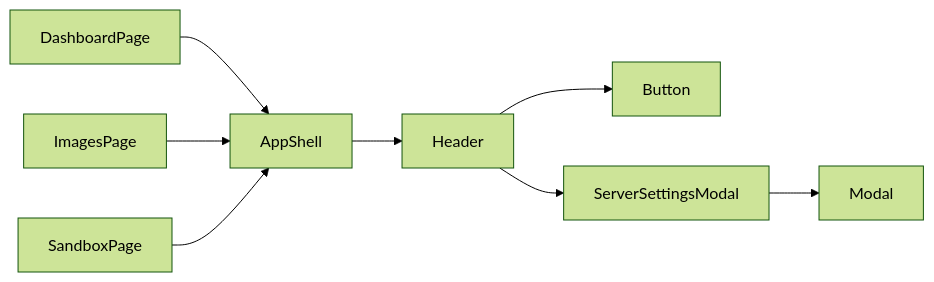
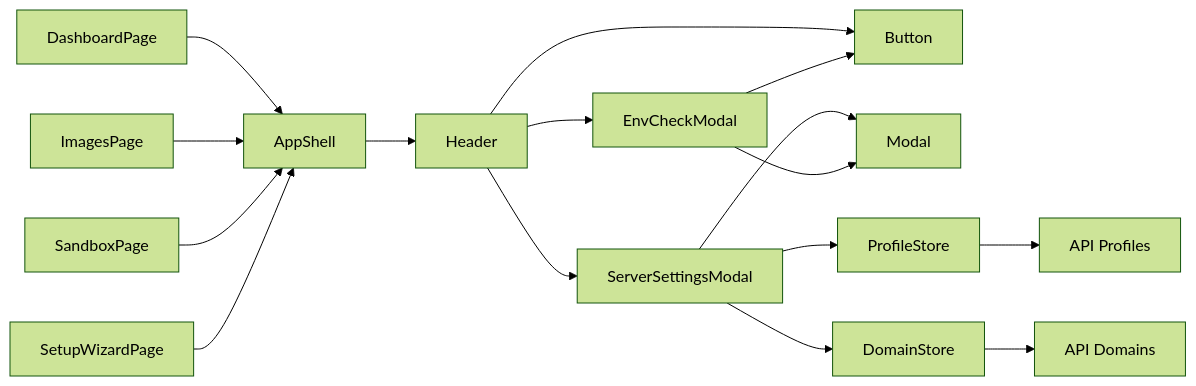
The fourth of 4 diagrams in .qoder/repowiki/zh/content/前端应用架构/组件系统设计/布局组件.md (RabbitAI-Lab/Sandbox-Manager), drawn with Mermaid (forest theme) before and after one commit. The commit also changed other lines of this file and 21 other files, not shown here.

````diff
--- a/.qoder/repowiki/zh/content/前端应用架构/组件系统设计/布局组件.md
+++ b/.qoder/repowiki/zh/content/前端应用架构/组件系统设计/布局组件.md
@@ -176,10 +233,18 @@
 ```mermaid
 graph LR
 AppShell["AppShell"] --> Header["Header"]
 Header --> Button["Button"]
 Header --> ServerSettingsModal["ServerSettingsModal"]
+Header --> EnvCheckModal["EnvCheckModal"]
+ServerSettingsModal --> Modal["Modal"]
+ServerSettingsModal --> ProfileStore["ProfileStore"]
+ServerSettingsModal --> DomainStore["DomainStore"]
+EnvCheckModal --> Modal
+EnvCheckModal --> Button
+ProfileStore --> APIProfiles["API Profiles"]
+DomainStore --> APIDomains["API Domains"]
 Dashboard["DashboardPage"] --> AppShell
 Images["ImagesPage"] --> AppShell
 Sandbox["SandboxPage"] --> AppShell
-ServerSettingsModal --> Modal["Modal"]
+SetupWizard["SetupWizardPage"] --> AppShell
 ```
````
